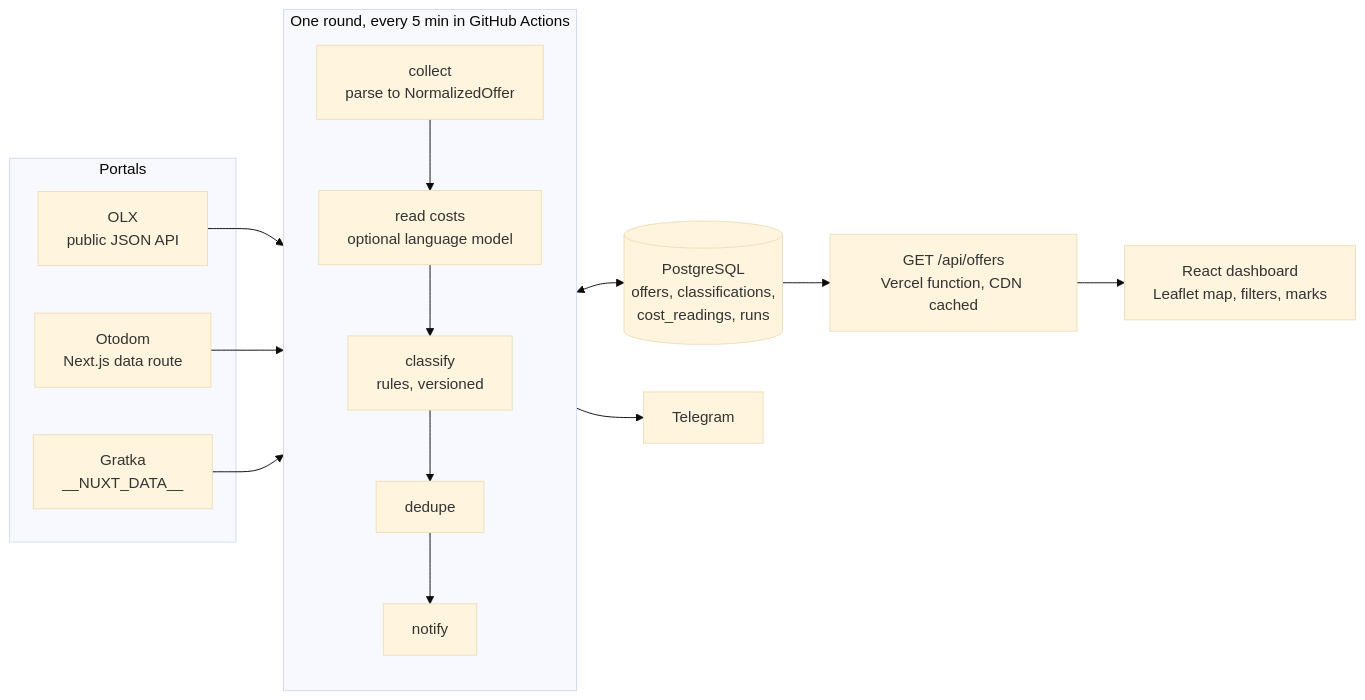
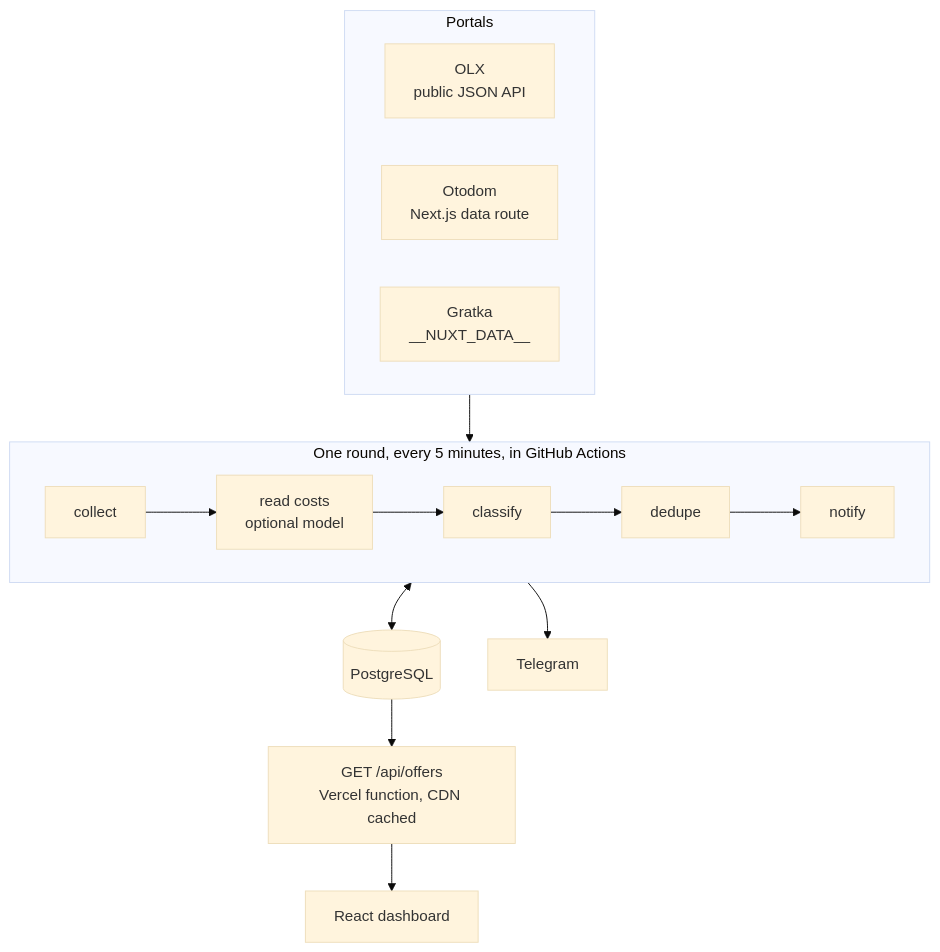
One commit to Dotims/overheads changed the diagram in README.md. Above: the diagram before and after it, drawn with Mermaid (base theme).

Commit message:
Draw the round top to bottom so the diagram stays readable

````diff
--- a/README.md
+++ b/README.md
@@ -53,19 +53,19 @@
 ```mermaid
-flowchart LR
+flowchart TB
   subgraph Portals
+    direction LR
     OLX["OLX<br/>public JSON API"]
     OTO["Otodom<br/>Next.js data route"]
     GRA["Gratka<br/>__NUXT_DATA__"]
   end
 
-  subgraph Round["One round, every 5 min in GitHub Actions"]
-    direction TB
-    C["collect<br/>parse to NormalizedOffer"] --> L["read costs<br/>optional language model"]
-    L --> K["classify<br/>rules, versioned"] --> D["dedupe"] --> N["notify"]
+  subgraph Round["One round, every 5 minutes, in GitHub Actions"]
+    direction LR
+    C["collect"] --> L["read costs<br/>optional model"] --> K["classify"] --> D["dedupe"] --> N["notify"]
   end
 
-  OLX & OTO & GRA --> C
-  C <--> DB[("PostgreSQL<br/>offers, classifications,<br/>cost_readings, runs")]
+  Portals --> C
+  Round <--> DB[("PostgreSQL")]
   N --> TG["Telegram"]
-  DB --> API["GET /api/offers<br/>Vercel function, CDN cached"] --> WEB["React dashboard<br/>Leaflet map, filters, marks"]
+  DB --> API["GET /api/offers<br/>Vercel function, CDN cached"] --> WEB["React dashboard"]
 ```
````
